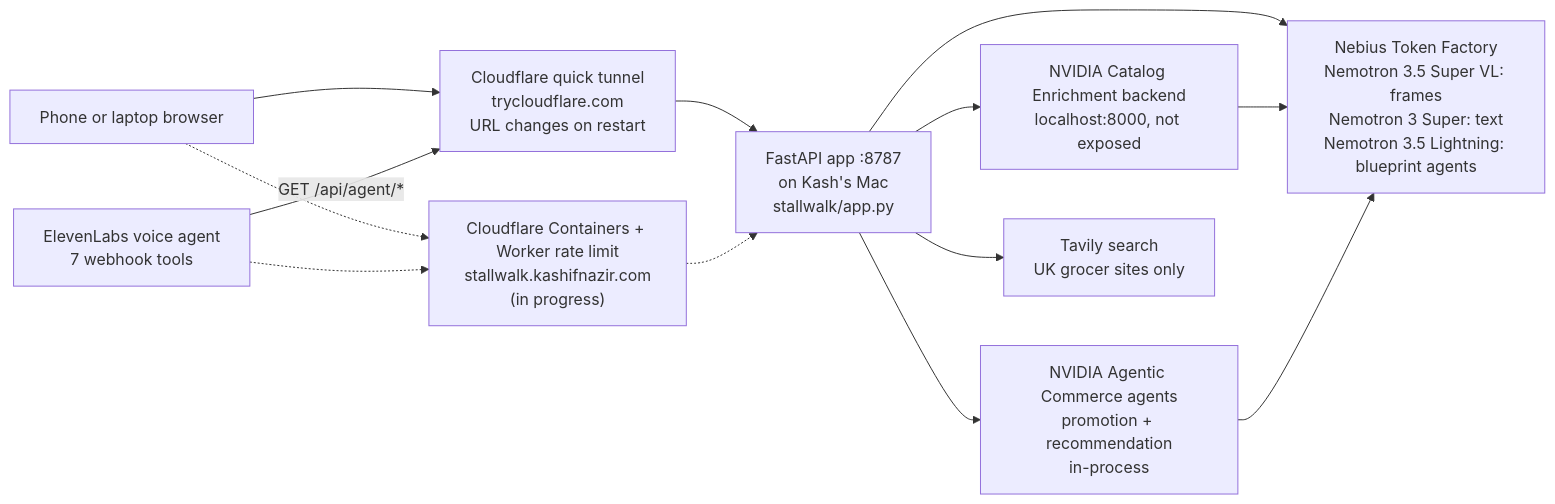
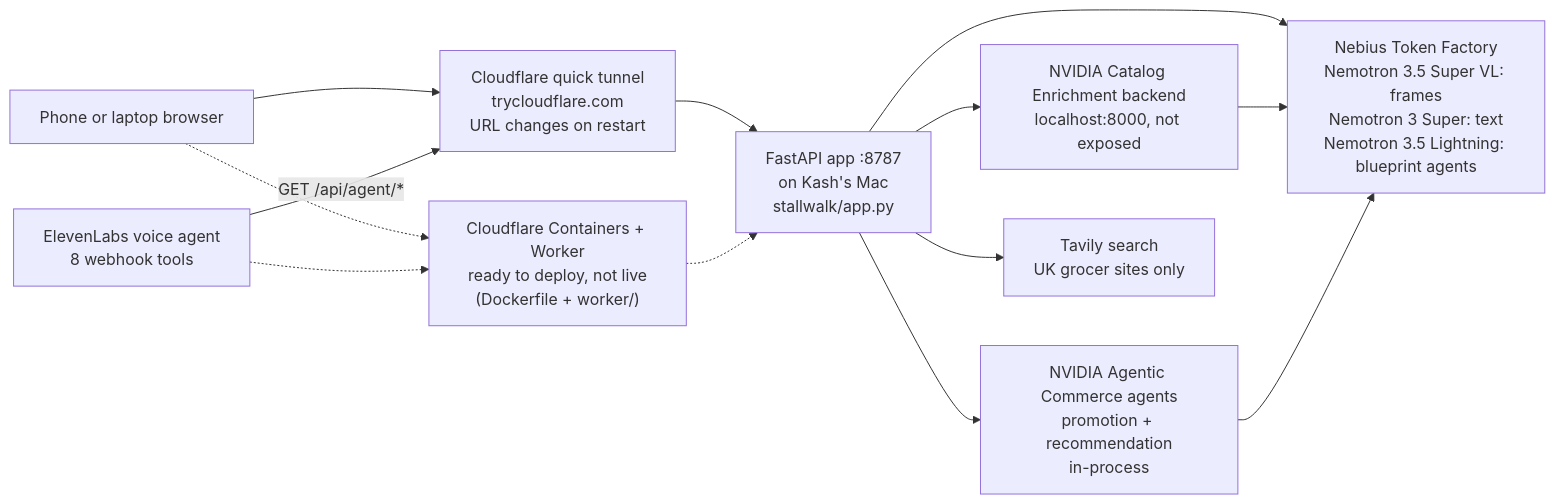
One commit to thekashifnazir/stallwalk changed the first of 2 diagrams in README.md. Above: the diagram before and after it, drawn with Mermaid. The commit also changed other lines of this file, not shown here.

Commit message:
README: hosting is ready to deploy on Containers, not live; voice agent has 8 tools incl. plan_meal and store finders

````diff
--- a/README.md
+++ b/README.md
@@ -56,25 +56,25 @@
 ```mermaid
 flowchart LR
     B["Phone or laptop browser"]
-    V["ElevenLabs voice agent<br/>7 webhook tools"]
+    V["ElevenLabs voice agent<br/>8 webhook tools"]
     T["Cloudflare quick tunnel<br/>trycloudflare.com<br/>URL changes on restart"]
-    H["Cloudflare Containers + Worker rate limit<br/>stallwalk.kashifnazir.com<br/>(in progress)"]
+    H["Cloudflare Containers + Worker<br/>ready to deploy, not live<br/>(Dockerfile + worker/)"]
     A["FastAPI app :8787<br/>on Kash's Mac<br/>stallwalk/app.py"]
     TF["Nebius Token Factory<br/>Nemotron 3.5 Super VL: frames<br/>Nemotron 3 Super: text<br/>Nemotron 3.5 Lightning: blueprint agents"]
     CE["NVIDIA Catalog Enrichment backend<br/>localhost:8000, not exposed"]
     AC["NVIDIA Agentic Commerce agents<br/>promotion + recommendation<br/>in-process"]
     TV["Tavily search<br/>UK grocer sites only"]
 
     B --> T
     V -- "GET /api/agent/*" --> T
     T --> A
     B -.-> H
     V -.-> H
     H -.-> A
     A --> TF
     A --> CE
     CE --> TF
     A --> AC
     AC --> TF
     A --> TV
 ```
````
